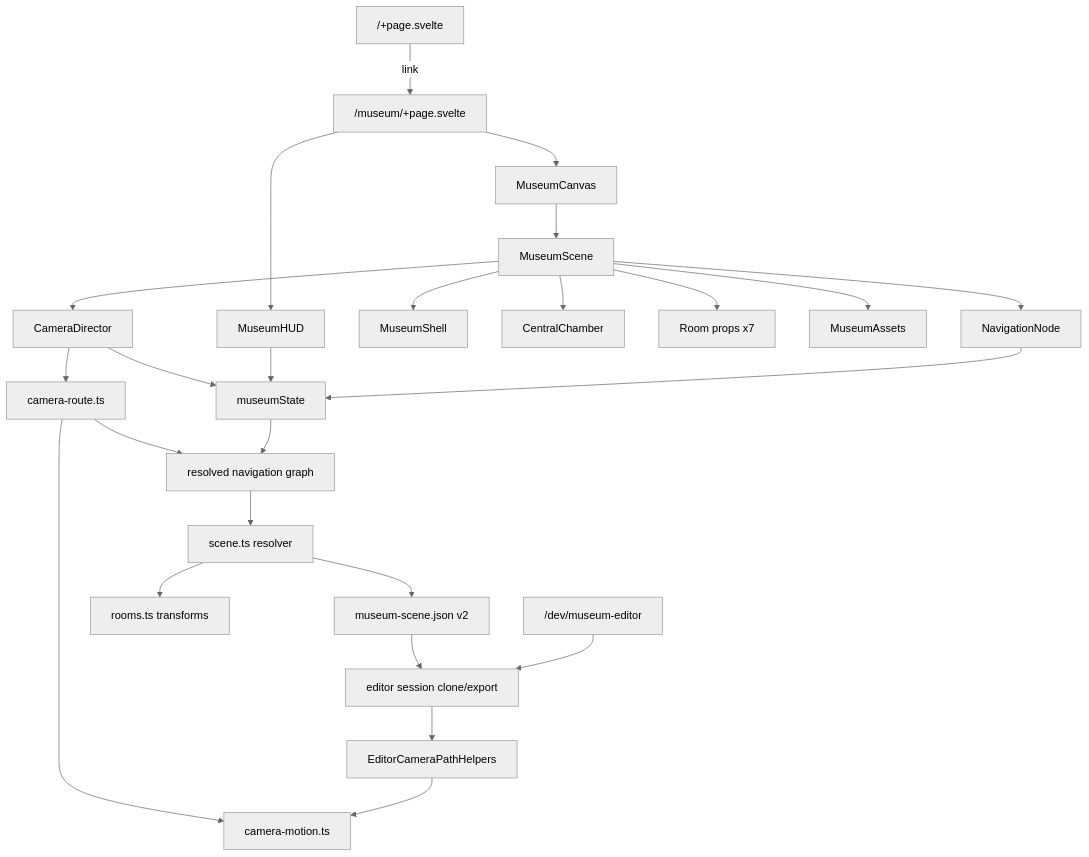
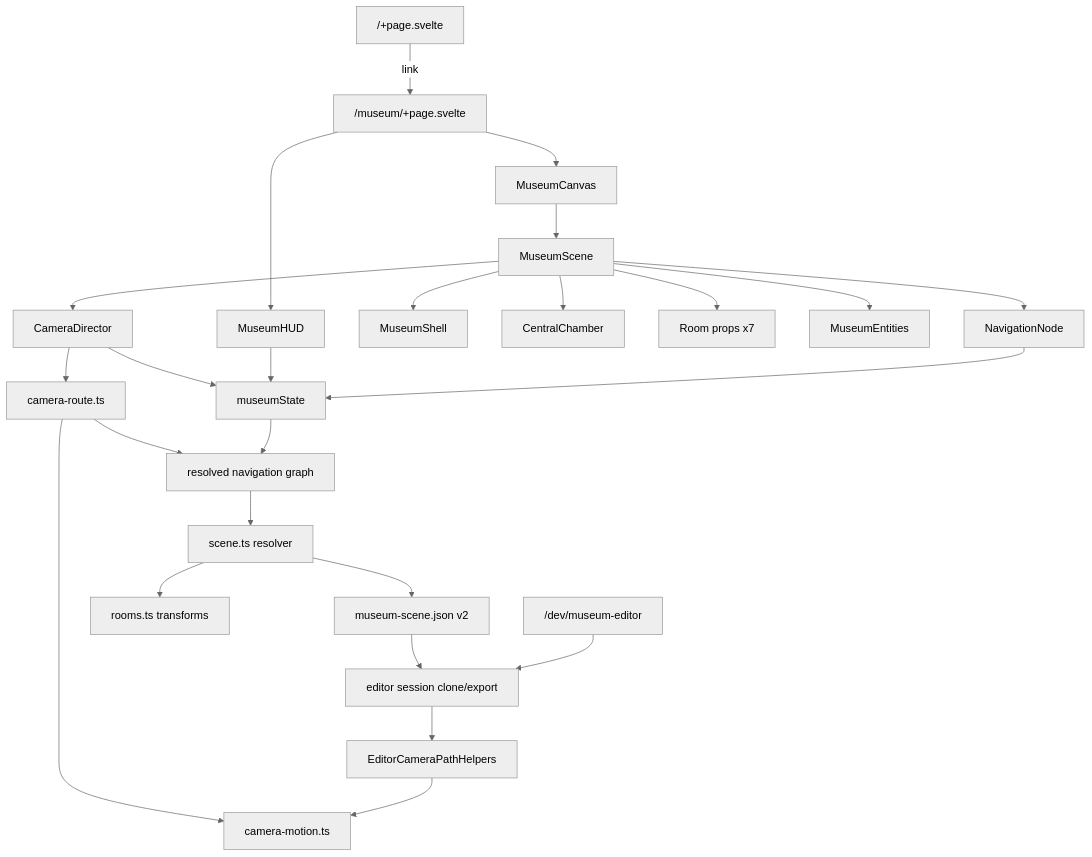
Before and after one commit to toni8699/Museum: the diagram in AGENTS.md, drawn with Mermaid (neutral theme). The commit also changed other lines of this file and 43 other files, not shown here.

````diff
--- a/AGENTS.md
+++ b/AGENTS.md
@@ -15,27 +15,27 @@
 ```mermaid
 flowchart TB
   Landing["/+page.svelte"] -->|link| Page["/museum/+page.svelte"]
   Page --> Canvas["MuseumCanvas"]
   Page --> HUD["MuseumHUD"]
   Canvas --> Scene["MuseumScene"]
   Scene --> Cam["CameraDirector"]
   Scene --> Shell["MuseumShell"]
   Scene --> Center["CentralChamber"]
   Scene --> Rooms["Room props x7"]
-  Scene --> Assets["MuseumAssets"]
+  Scene --> Assets["MuseumEntities"]
   Scene --> Nodes["NavigationNode"]
   Cam --> State["museumState"]
   HUD --> State
   Nodes --> State
   Cam --> Route["camera-route.ts"]
   Route --> Motion["camera-motion.ts"]
   Route --> Graph["resolved navigation graph"]
   State --> Graph
   Graph --> Resolver["scene.ts resolver"]
   Resolver --> Document["museum-scene.json v2"]
   Resolver --> Architecture["rooms.ts transforms"]
   Document --> Session["editor session clone/export"]
   Editor["/dev/museum-editor"] --> Session
   Session --> PathHelpers["EditorCameraPathHelpers"]
   PathHelpers --> Motion
 ```
````
